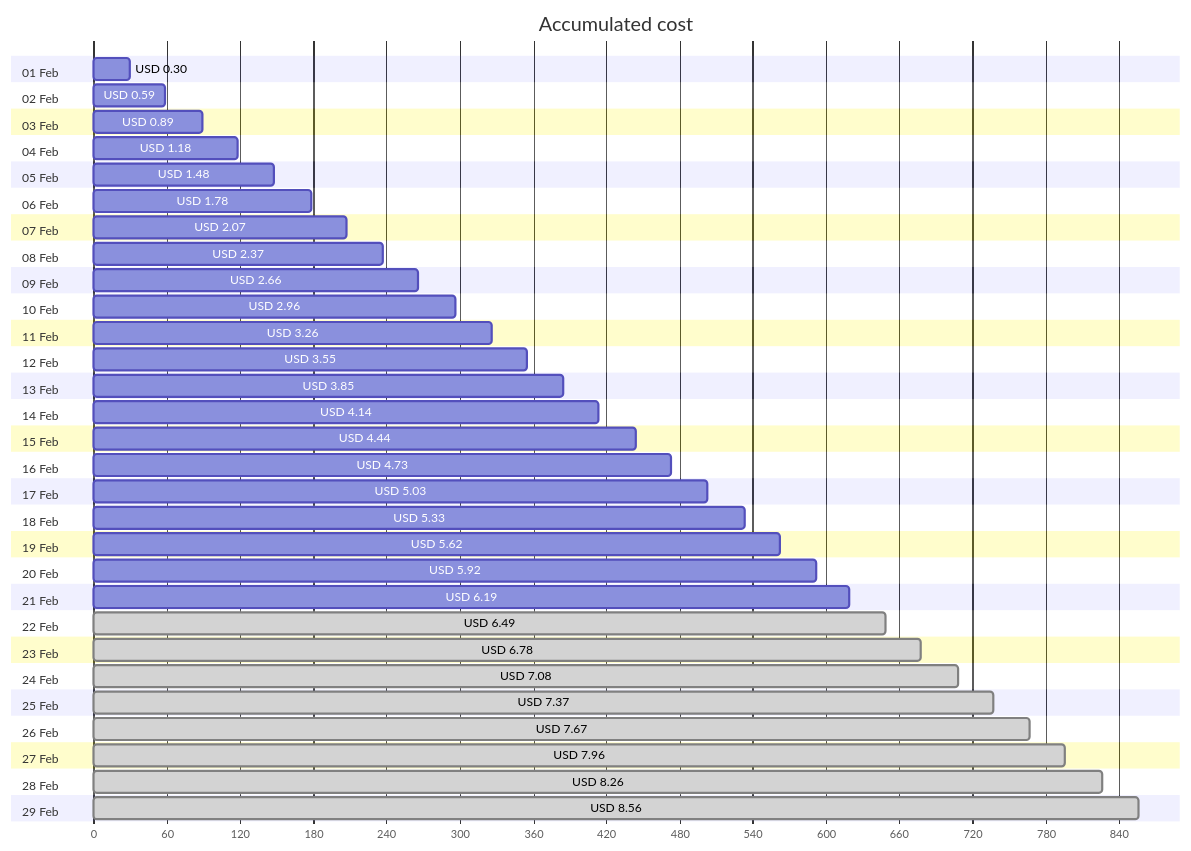
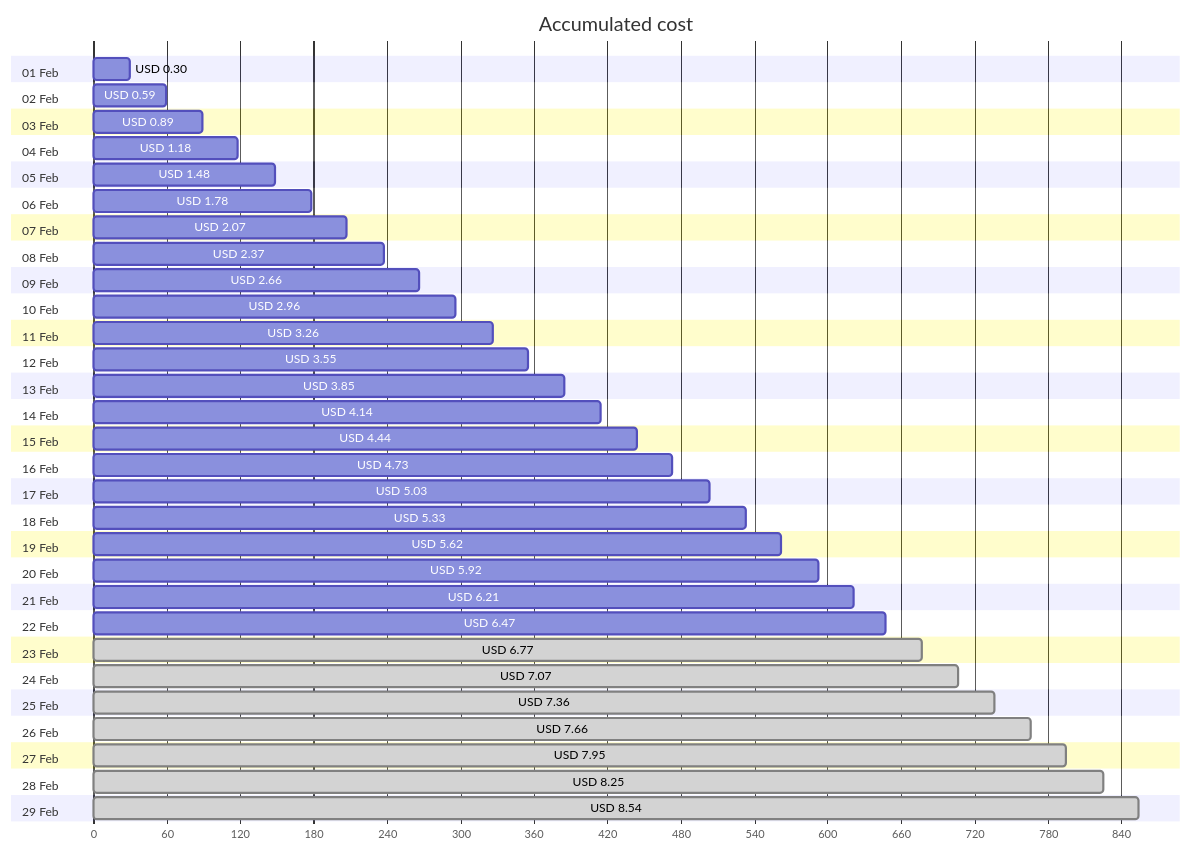
Before and after one commit to jpfulton/azure-personal-reports: the first of 4 diagrams in cost-reports/personal-site/personal-site-preview.md, drawn with Mermaid. The commit also changed other lines of this file and 6 other files, not shown here.

````diff
--- a/cost-reports/personal-site/personal-site-preview.md
+++ b/cost-reports/personal-site/personal-site-preview.md
@@ -20,64 +20,64 @@
 ```mermaid
 gantt
    title Accumulated cost
    dateFormat  X
    axisFormat %s
    section 01 Feb
    USD 0.30 :0, 30
    section 02 Feb
    USD 0.59 :0, 59
    section 03 Feb
    USD 0.89 :0, 89
    section 04 Feb
    USD 1.18 :0, 118
    section 05 Feb
    USD 1.48 :0, 148
    section 06 Feb
    USD 1.78 :0, 178
    section 07 Feb
    USD 2.07 :0, 207
    section 08 Feb
    USD 2.37 :0, 237
    section 09 Feb
    USD 2.66 :0, 266
    section 10 Feb
    USD 2.96 :0, 296
    section 11 Feb
    USD 3.26 :0, 326
    section 12 Feb
    USD 3.55 :0, 355
    section 13 Feb
    USD 3.85 :0, 385
    section 14 Feb
    USD 4.14 :0, 414
    section 15 Feb
    USD 4.44 :0, 444
    section 16 Feb
    USD 4.73 :0, 473
    section 17 Feb
    USD 5.03 :0, 503
    section 18 Feb
    USD 5.33 :0, 533
    section 19 Feb
    USD 5.62 :0, 562
    section 20 Feb
    USD 5.92 :0, 592
    section 21 Feb
-   USD 6.19 :0, 619
+   USD 6.21 :0, 621
    section 22 Feb
-   USD 6.49 : done, 0, 649
+   USD 6.47 :0, 647
    section 23 Feb
-   USD 6.78 : done, 0, 678
+   USD 6.77 : done, 0, 677
    section 24 Feb
-   USD 7.08 : done, 0, 708
+   USD 7.07 : done, 0, 707
    section 25 Feb
-   USD 7.37 : done, 0, 737
+   USD 7.36 : done, 0, 736
    section 26 Feb
-   USD 7.67 : done, 0, 767
+   USD 7.66 : done, 0, 766
    section 27 Feb
-   USD 7.96 : done, 0, 796
+   USD 7.95 : done, 0, 795
    section 28 Feb
-   USD 8.26 : done, 0, 826
+   USD 8.25 : done, 0, 825
    section 29 Feb
-   USD 8.56 : done, 0, 856
+   USD 8.54 : done, 0, 854
 ```
````
